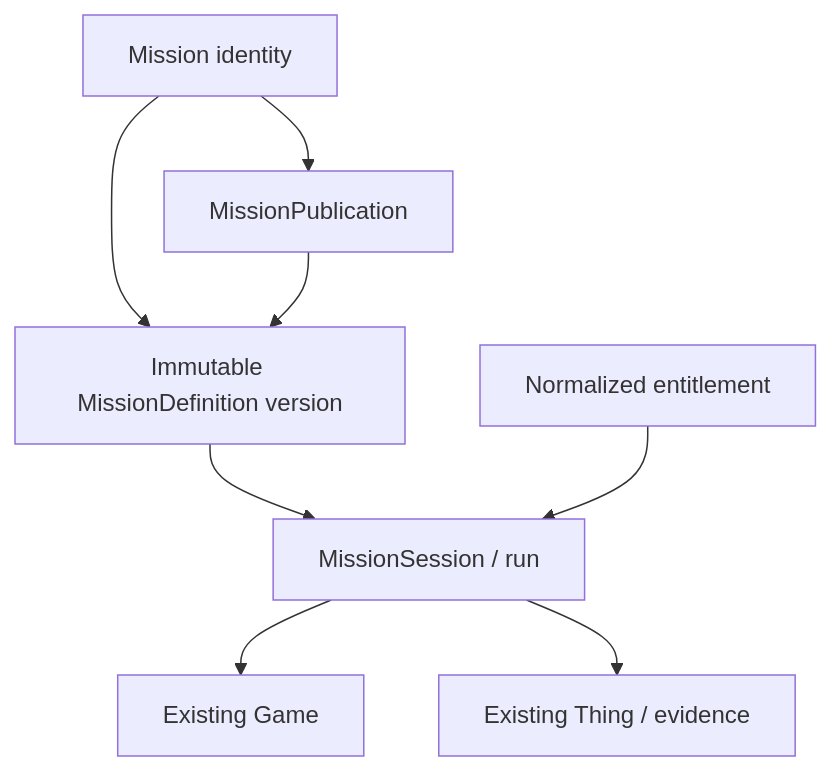
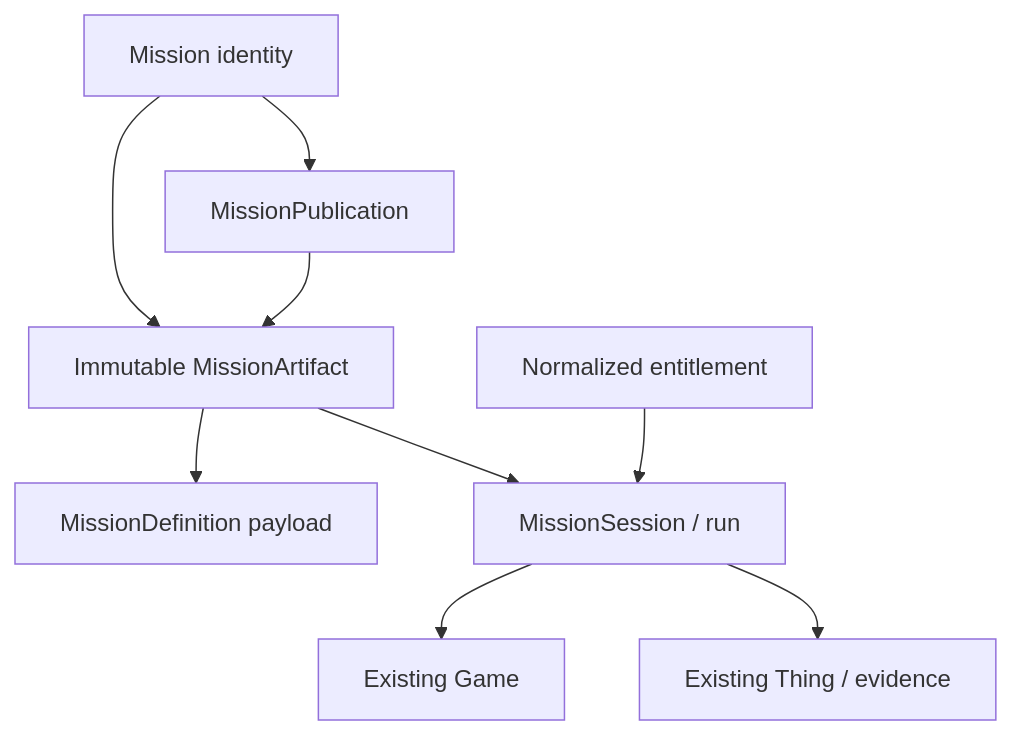
The diagram in docs/architecture/mission-adventure-content-contract.md (ryjen/eyespie), drawn with Mermaid before and after one commit. The commit also changed other lines of this file, not shown here.

Commit message:
docs: clarify mission artifact integrity envelope

````diff
--- a/docs/architecture/mission-adventure-content-contract.md
+++ b/docs/architecture/mission-adventure-content-contract.md
@@ -25,18 +25,20 @@
 ```mermaid
 flowchart TD
     M[Mission identity]
-    D[Immutable MissionDefinition version]
+    A[Immutable MissionArtifact]
+    D[MissionDefinition payload]
     P[MissionPublication]
     E[Normalized entitlement]
     S[MissionSession / run]
     G[Existing Game]
     T[Existing Thing / evidence]
 
-    M --> D
+    M --> A
+    A --> D
     M --> P
-    P --> D
-    D --> S
+    P --> A
+    A --> S
     E --> S
     S --> G
     S --> T
 ```
````
